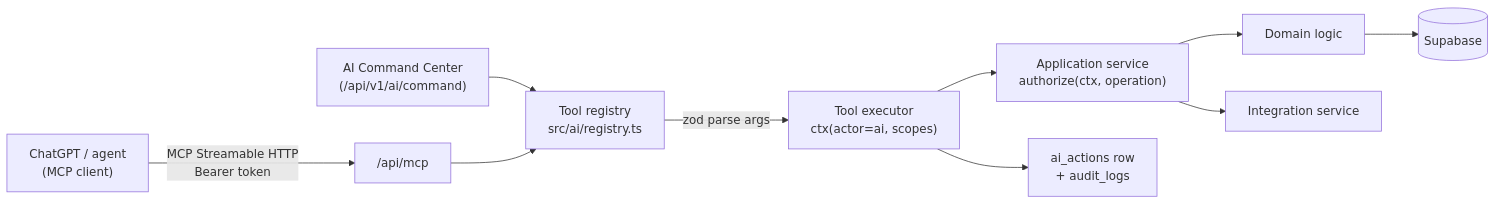
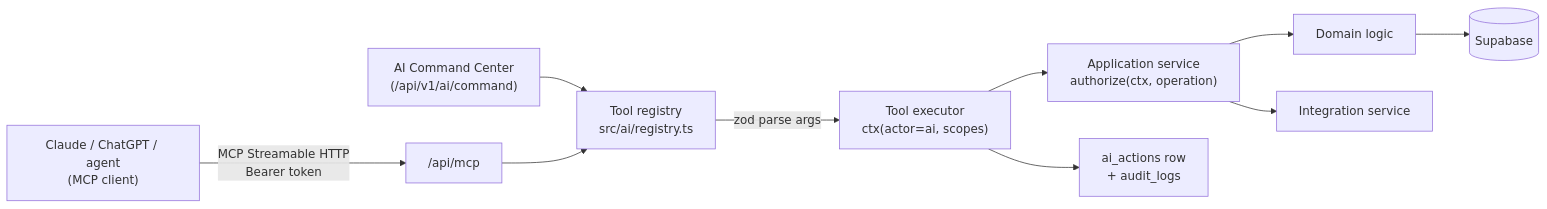
Before and after one commit to PNCTriet/personal-os: the diagram in docs/ai-tools.md, drawn with Mermaid. The commit also changed other lines of this file and 13 other files, not shown here.

````diff
--- a/docs/ai-tools.md
+++ b/docs/ai-tools.md
@@ -8,11 +8,11 @@
 ```mermaid
 flowchart LR
-    C["ChatGPT / agent<br/>(MCP client)"] -->|"MCP Streamable HTTP<br/>Bearer token"| M["/api/mcp"]
+    C["Claude / ChatGPT / agent<br/>(MCP client)"] -->|"MCP Streamable HTTP<br/>Bearer token"| M["/api/mcp"]
     CC["AI Command Center<br/>(/api/v1/ai/command)"] --> R
     M --> R["Tool registry<br/>src/ai/registry.ts"]
     R -->|"zod parse args"| X["Tool executor<br/>ctx(actor=ai, scopes)"]
     X --> S["Application service<br/>authorize(ctx, operation)"]
     S --> D["Domain logic"] --> DB[("Supabase")]
     S --> I["Integration service"]
     X --> L["ai_actions row<br/>+ audit_logs"]
 ```
````
